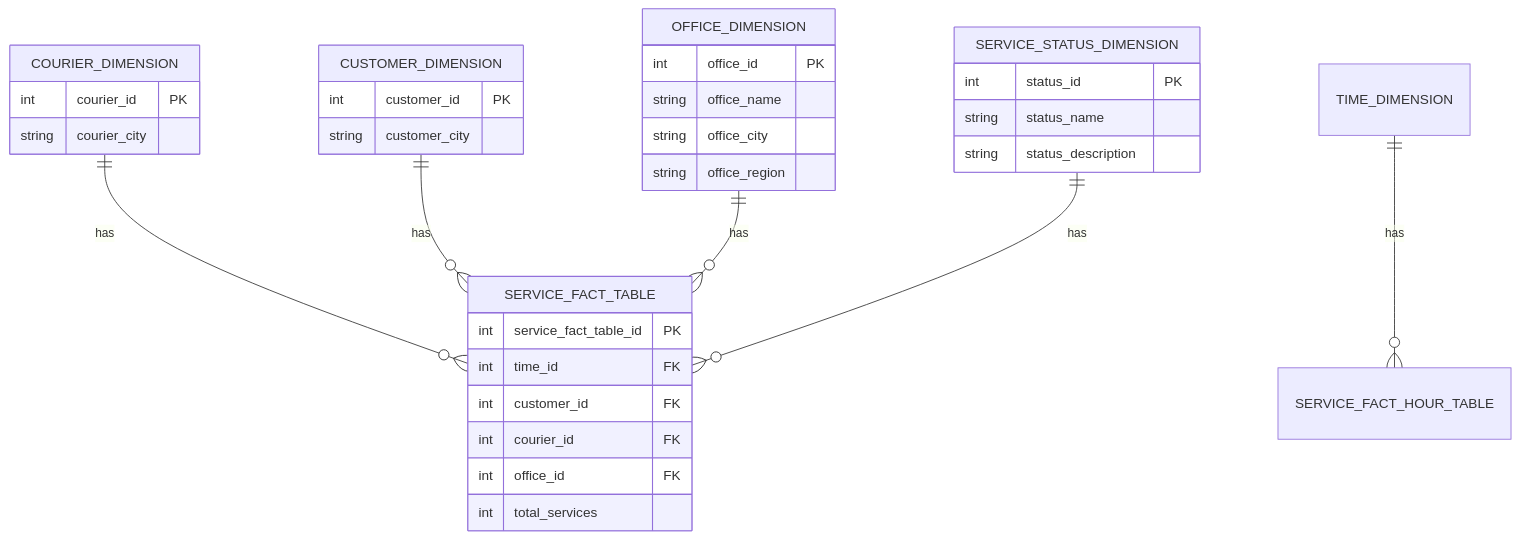
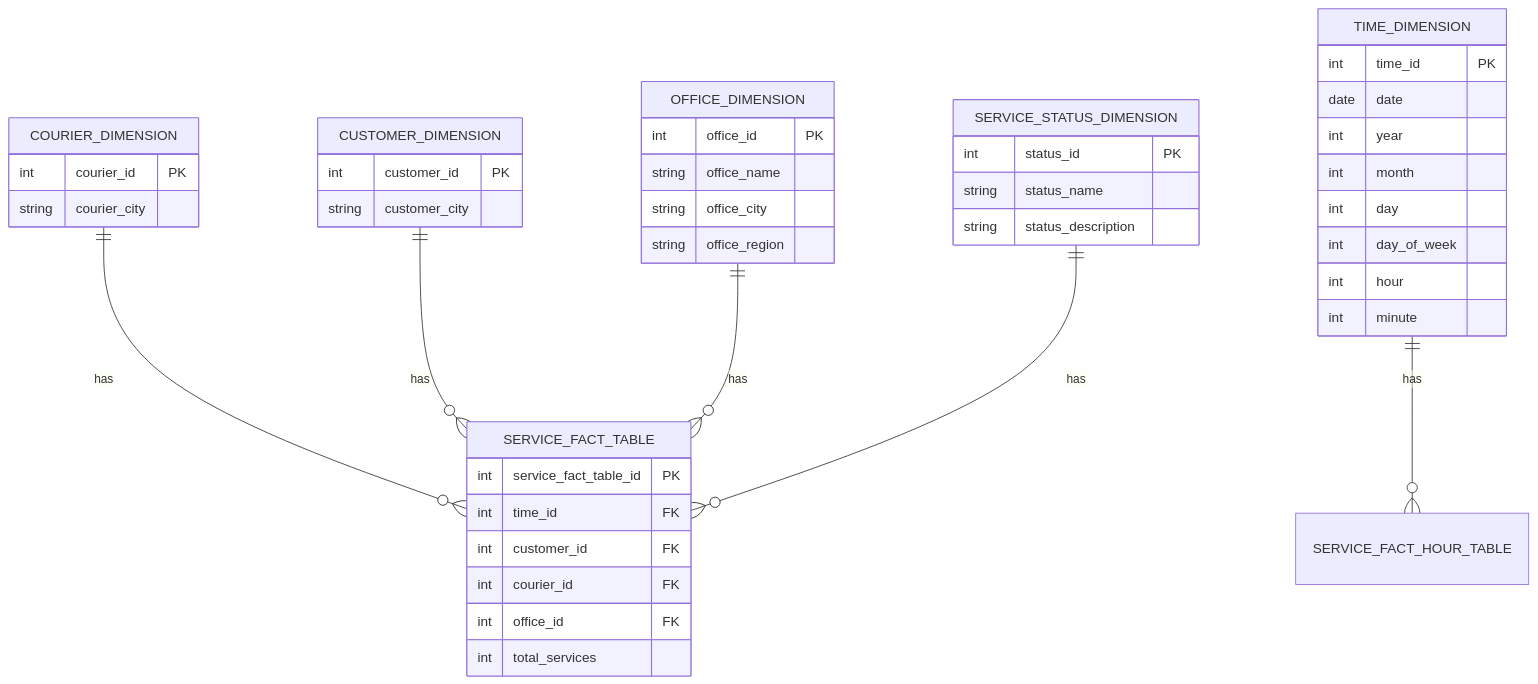
Before and after one commit to LONG-TERM-EFFECTS-OF-SUFFERING/Rapidos_y_Furiosos_data_warehouse: the eighth of 9 diagrams in dimensions_and_data_marts.md, drawn with Mermaid.

Commit message:
Add the time dimension into the services data marts

````diff
--- a/dimensions_and_data_marts.md
+++ b/dimensions_and_data_marts.md
@@ -122,40 +122,51 @@
 ```MERMAID
 erDiagram
     COURIER_DIMENSION {
         int courier_id PK
         string courier_city
     }
 
     CUSTOMER_DIMENSION {
         int customer_id PK
         string customer_city
     }
 
     OFFICE_DIMENSION {
         int office_id PK
         string office_name
         string office_city
         string office_region
     }
 
     SERVICE_STATUS_DIMENSION {
         int status_id PK
         string status_name
         string status_description
     }
 
+    TIME_DIMENSION {
+        int time_id PK
+        date date
+        int year
+        int month
+        int day
+        int day_of_week
+        int hour
+        int minute
+    }
+
     SERVICE_FACT_TABLE {
         int service_fact_table_id PK
         int time_id FK
         int customer_id FK
         int courier_id FK
         int office_id FK
         int total_services
     }
 
     TIME_DIMENSION ||--o{ SERVICE_FACT_HOUR_TABLE : "has"
     COURIER_DIMENSION ||--o{ SERVICE_FACT_TABLE : "has"
     CUSTOMER_DIMENSION ||--o{ SERVICE_FACT_TABLE : "has"
     OFFICE_DIMENSION ||--o{ SERVICE_FACT_TABLE : "has"
     SERVICE_STATUS_DIMENSION ||--o{ SERVICE_FACT_TABLE : "has"
 ```
````
